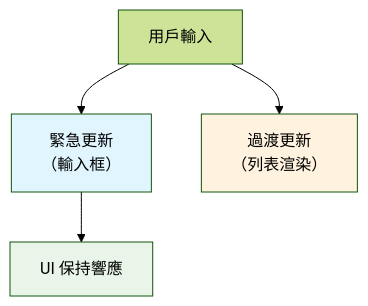
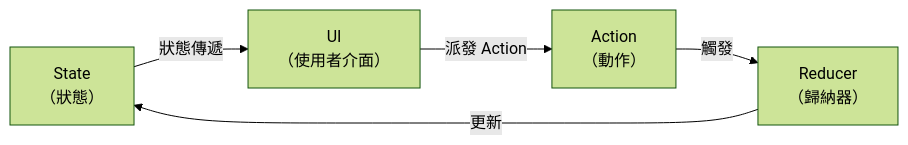
The third of 7 diagrams in source/_posts/20250926-js-react-19-hook.md (summer10920/summer10920.github.io), drawn with Mermaid (forest theme) before and after one commit. The commit also changed other lines of this file and 2 other files, not shown here.

```diff
--- a/source/_posts/20250926-js-react-19-hook.md
+++ b/source/_posts/20250926-js-react-19-hook.md
@@ -2603,14 +3917,12 @@
-{% mermaid graph TD %}
-    A["用戶輸入"] 
-    B["緊急更新<br/>（輸入框）"]
-    C["過渡更新<br/>（列表渲染）"]
-    D["UI 保持響應"]
-    
-    A --> B
-    A --> C
-    B --> D
-    
-    style B fill:#e1f5fe
-    style C fill:#fff3e0
-    style D fill:#e8f5e8
+{% mermaid graph LR %}
+State["State<br/>（狀態）"]
+Action["Action<br/>（動作）"]
+UI["UI<br/>（使用者介面）"]
+Reducer["Reducer<br/>（歸納器）"]
+
+%% 流程箭頭
+State -- 狀態傳遞 --> UI
+UI -- 派發 Action --> Action
+Action -- 觸發 --> Reducer
+Reducer -- 更新 --> State
 {% endmermaid %}
```
